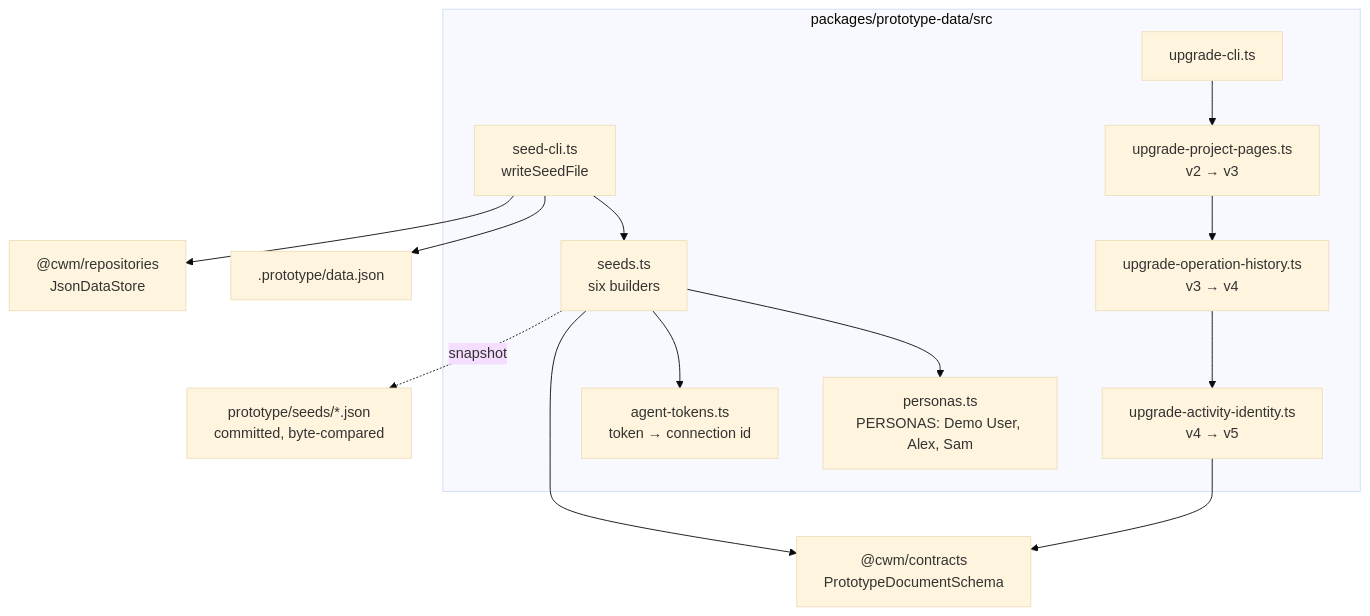
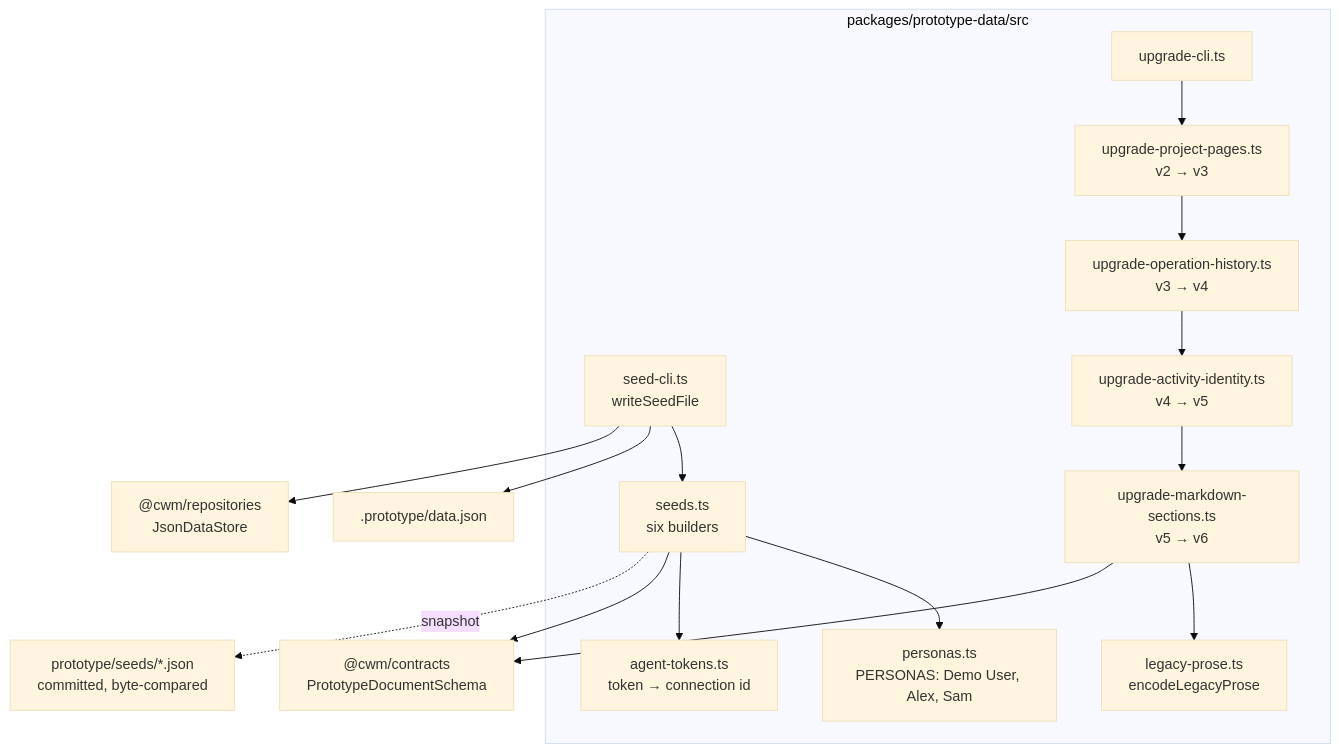
The diagram in docs/architecture/prototype-data/what.md (CalciteDragon/Canvas-work-manager-prototype), drawn with Mermaid (base theme) before and after one commit. The commit also changed other lines of this file and 28 other files, not shown here.

Commit message:
docs(slice63): living docs for schema v6 and the retired Rich Text type (§77)

````diff
--- a/docs/architecture/prototype-data/what.md
+++ b/docs/architecture/prototype-data/what.md
@@ -5,26 +5,29 @@
 ```mermaid
 flowchart TB
   subgraph src["packages/prototype-data/src"]
     personas["personas.ts<br/>PERSONAS: Demo User, Alex, Sam"]
     tokens["agent-tokens.ts<br/>token → connection id"]
     seeds["seeds.ts<br/>six builders"]
     seedcli["seed-cli.ts<br/>writeSeedFile"]
     upgrade3["upgrade-project-pages.ts<br/>v2 → v3"]
     upgrade4["upgrade-operation-history.ts<br/>v3 → v4"]
     upgrade5["upgrade-activity-identity.ts<br/>v4 → v5"]
+    upgrade6["upgrade-markdown-sections.ts<br/>v5 → v6"]
+    prose["legacy-prose.ts<br/>encodeLegacyProse"]
     upcli["upgrade-cli.ts"]
   end
   contracts["@cwm/contracts<br/>PrototypeDocumentSchema"]
   snapshots["prototype/seeds/*.json<br/>committed, byte-compared"]
   data[".prototype/data.json"]
   store["@cwm/repositories<br/>JsonDataStore"]
   seeds --> personas
   seeds --> tokens
   seeds --> contracts
   seedcli --> seeds
   seedcli --> data
   seedcli --> store
-  upcli --> upgrade3 --> upgrade4 --> upgrade5
-  upgrade5 --> contracts
+  upcli --> upgrade3 --> upgrade4 --> upgrade5 --> upgrade6
+  upgrade6 --> prose
+  upgrade6 --> contracts
   seeds -. "snapshot" .-> snapshots
 ```
````
